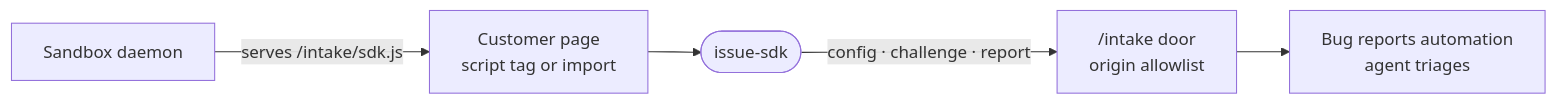
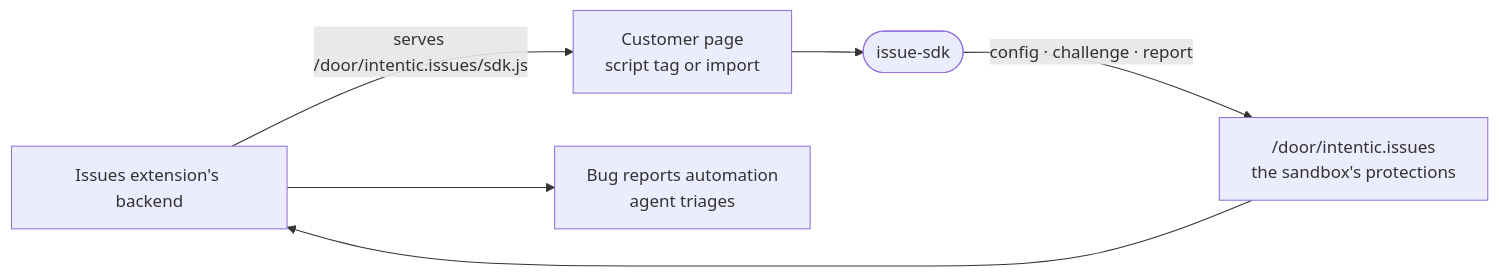
Before and after one commit to intentic/intentic: the diagram in _sandbox/issue-sdk/README.md, drawn with Mermaid. The commit also changed other lines of this file and 587 other files, not shown here.

````diff
--- a/_sandbox/issue-sdk/README.md
+++ b/_sandbox/issue-sdk/README.md
@@ -5,7 +5,8 @@
 ```mermaid
 flowchart LR
-    daemon["Sandbox daemon"] -->|"serves /intake/sdk.js"| page["Customer page<br/>script tag or import"]
+    ext["Issues extension's backend"] -->|"serves /door/intentic.issues/sdk.js"| page["Customer page<br/>script tag or import"]
     page --> sdk(["issue-sdk"])
-    sdk -->|"config · challenge · report"| intake["/intake door<br/>origin allowlist"]
-    intake --> agent["Bug reports automation<br/>agent triages"]
+    sdk -->|"config · challenge · report"| door["/door/intentic.issues<br/>the sandbox's protections"]
+    door --> ext
+    ext --> agent["Bug reports automation<br/>agent triages"]
 ```
````
